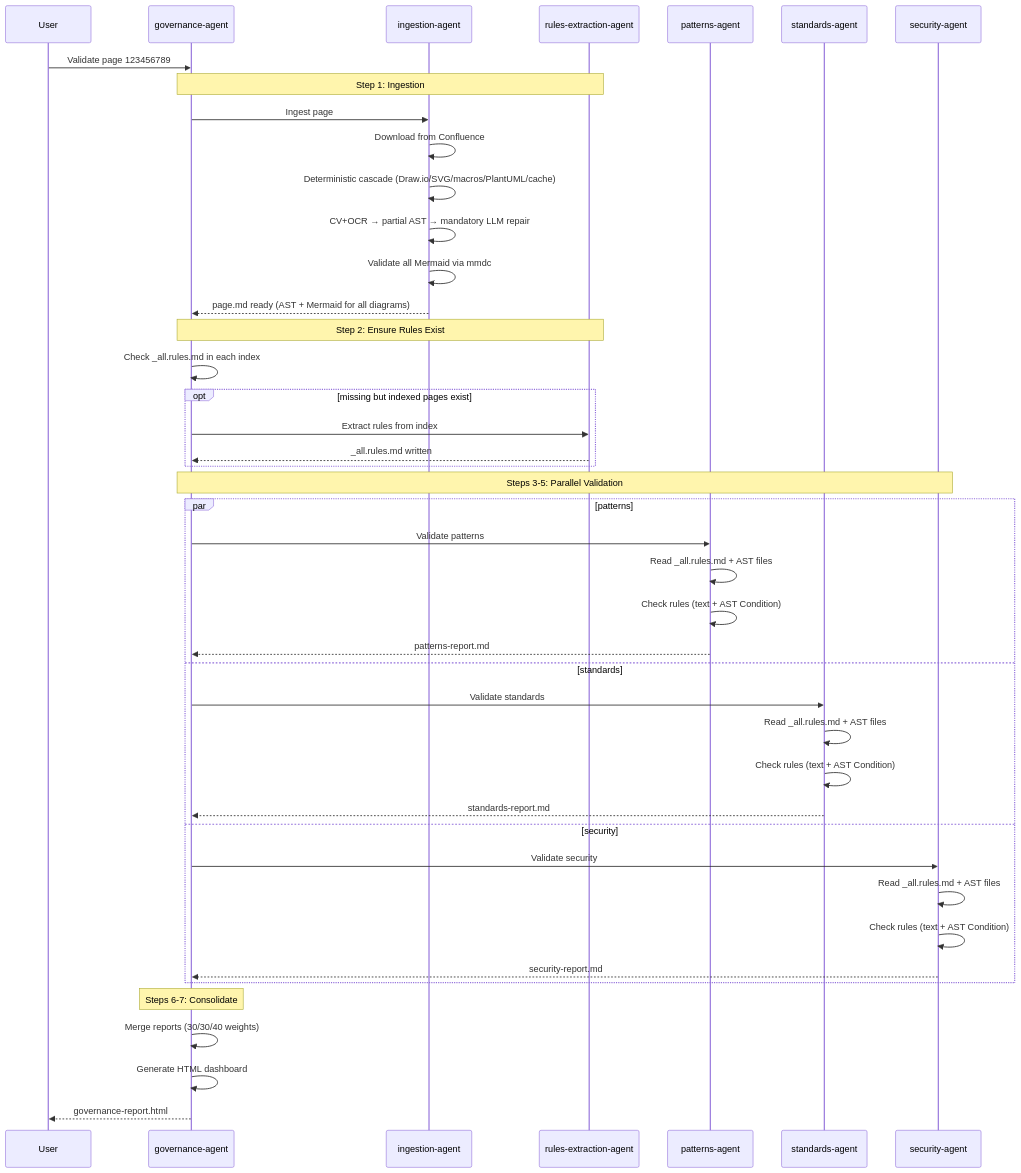
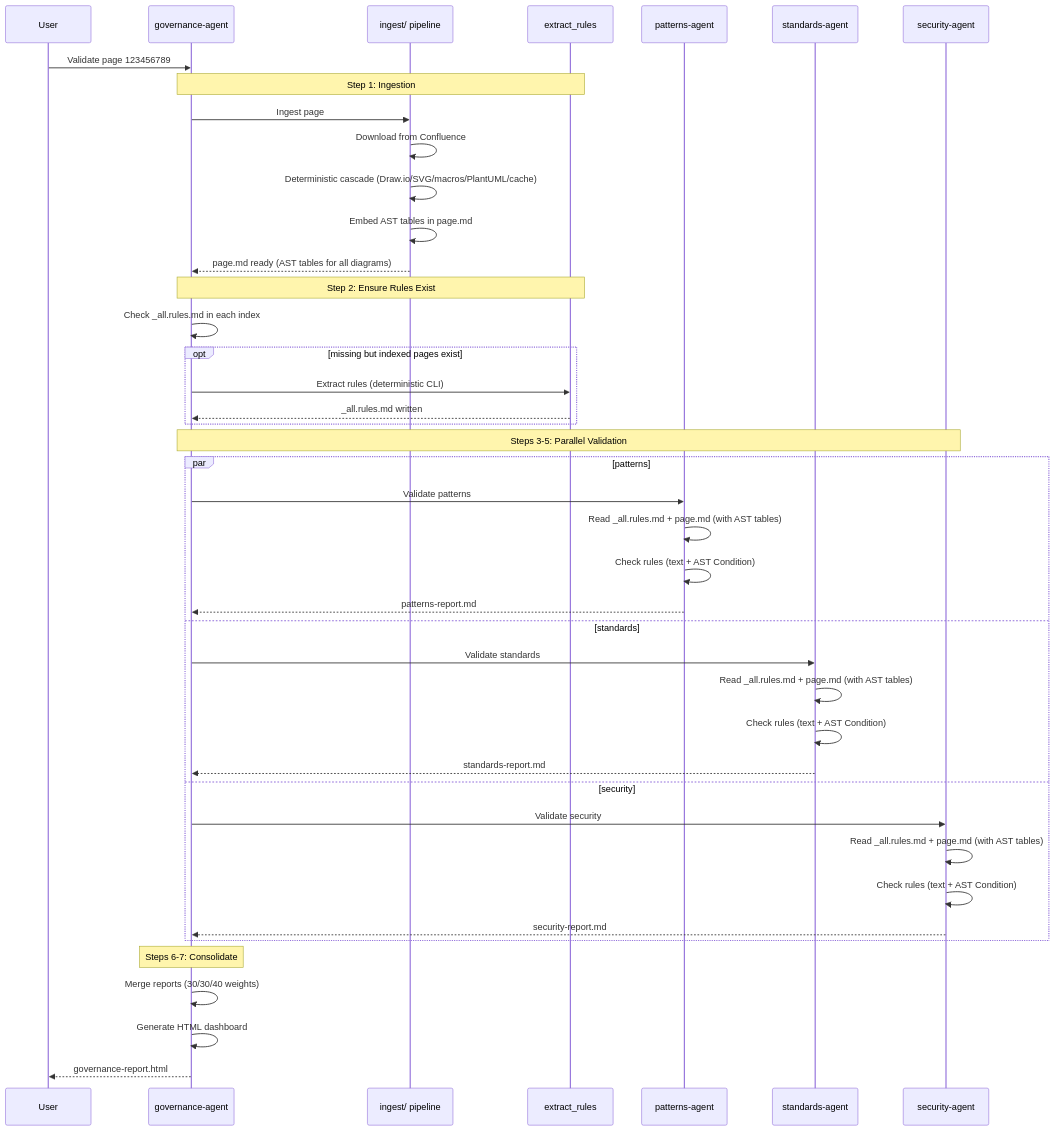
The fourth of 5 diagrams in README.md (byrash/architecture-governance), drawn with Mermaid before and after one commit. The commit also changed other lines of this file and 53 other files, not shown here.

````diff
--- a/README.md
+++ b/README.md
@@ -336,50 +314,49 @@
 ```mermaid
 sequenceDiagram
     participant User
     participant GA as governance-agent
-    participant IA as ingestion-agent
-    participant REA as rules-extraction-agent
+    participant IA as ingest/ pipeline
+    participant RE as extract_rules
     participant PA as patterns-agent
     participant SA as standards-agent
     participant SEA as security-agent
 
     User->>GA: Validate page 123456789
     
-    Note over GA,REA: Step 1: Ingestion
+    Note over GA,RE: Step 1: Ingestion
     GA->>IA: Ingest page
     IA->>IA: Download from Confluence
     IA->>IA: Deterministic cascade (Draw.io/SVG/macros/PlantUML/cache)
-    IA->>IA: CV+OCR → partial AST → mandatory LLM repair
-    IA->>IA: Validate all Mermaid via mmdc
-    IA-->>GA: page.md ready (AST + Mermaid for all diagrams)
+    IA->>IA: Embed AST tables in page.md
+    IA-->>GA: page.md ready (AST tables for all diagrams)
 
-    Note over GA,REA: Step 2: Ensure Rules Exist
+    Note over GA,RE: Step 2: Ensure Rules Exist
     GA->>GA: Check _all.rules.md in each index
     opt missing but indexed pages exist
-        GA->>REA: Extract rules from index
-        REA-->>GA: _all.rules.md written
+        GA->>RE: Extract rules (deterministic CLI)
+        RE-->>GA: _all.rules.md written
     end
 
     Note over GA,SEA: Steps 3-5: Parallel Validation
     par patterns
         GA->>PA: Validate patterns
-        PA->>PA: Read _all.rules.md + AST files
+        PA->>PA: Read _all.rules.md + page.md (with AST tables)
         PA->>PA: Check rules (text + AST Condition)
         PA-->>GA: patterns-report.md
     and standards
         GA->>SA: Validate standards
-        SA->>SA: Read _all.rules.md + AST files
+        SA->>SA: Read _all.rules.md + page.md (with AST tables)
         SA->>SA: Check rules (text + AST Condition)
         SA-->>GA: standards-report.md
     and security
         GA->>SEA: Validate security
-        SEA->>SEA: Read _all.rules.md + AST files
+        SEA->>SEA: Read _all.rules.md + page.md (with AST tables)
         SEA->>SEA: Check rules (text + AST Condition)
         SEA-->>GA: security-report.md
     end
 
     Note over GA: Steps 6-7: Consolidate
     GA->>GA: Merge reports (30/30/40 weights)
     GA->>GA: Generate HTML dashboard
     GA-->>User: governance-report.html
 ```
````
